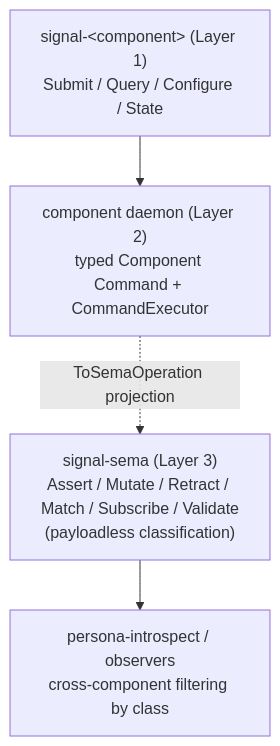
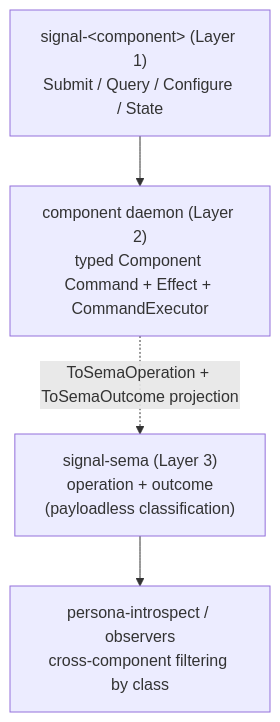
The diagram in ARCHITECTURE.md (LiGoldragon/signal-sema), drawn with Mermaid before and after one commit. The commit also changed other lines of this file and 5 other files, not shown here.

Commit message:
signal-sema: add outcome observation projection

````diff
--- a/ARCHITECTURE.md
+++ b/ARCHITECTURE.md
@@ -121,11 +148,11 @@
 ```mermaid
 flowchart TB
     contract["signal-&lt;component&gt; (Layer 1)<br/>Submit / Query / Configure / State"]
-    daemon["component daemon (Layer 2)<br/>typed Component Command + CommandExecutor"]
-    sema["signal-sema (Layer 3)<br/>Assert / Mutate / Retract / Match / Subscribe / Validate<br/>(payloadless classification)"]
+    daemon["component daemon (Layer 2)<br/>typed Component Command + Effect + CommandExecutor"]
+    sema["signal-sema (Layer 3)<br/>operation + outcome<br/>(payloadless classification)"]
     observer["persona-introspect / observers<br/>cross-component filtering by class"]
 
     contract --> daemon
-    daemon -. "ToSemaOperation projection" .-> sema
+    daemon -. "ToSemaOperation + ToSemaOutcome projection" .-> sema
     sema --> observer
 ```
````
